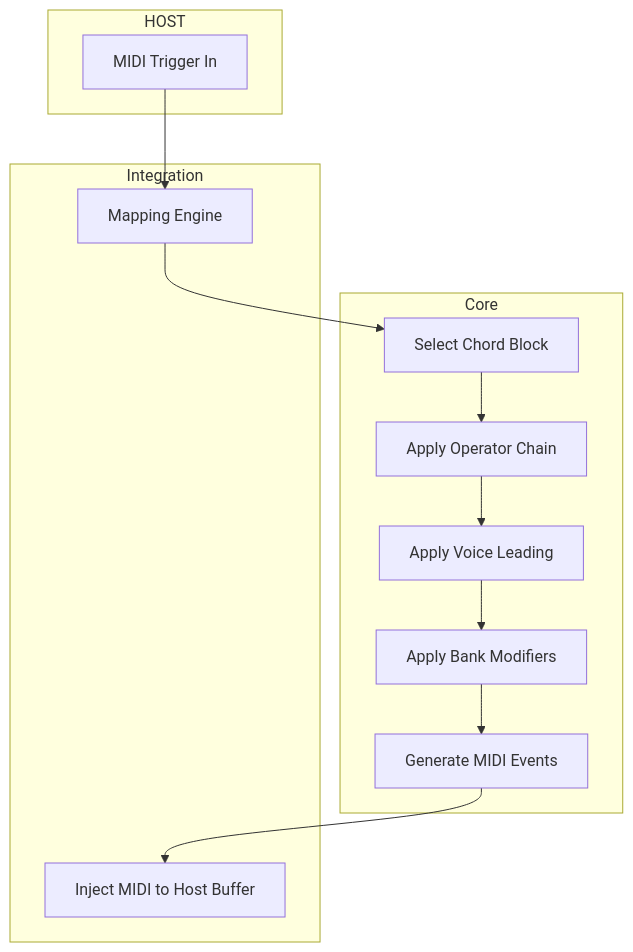
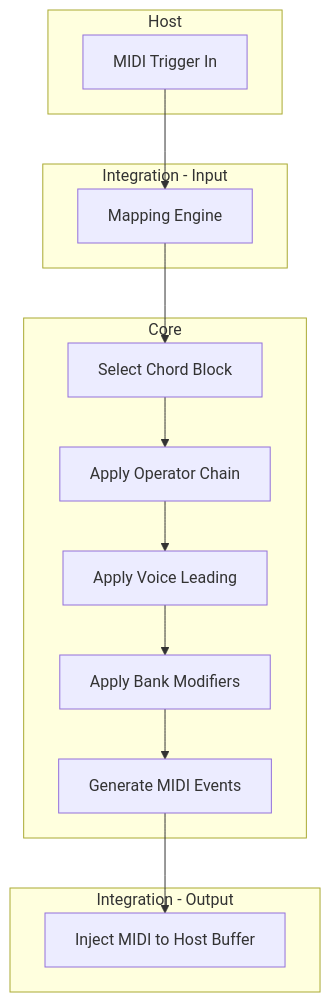
One commit to PARKER-DSP/Chord-Pallette-Docs changed the third of 3 diagrams in docs/02-technical/architecture/ChordPallette_Architecture_Principles.md. Above: the diagram before and after it, drawn with Mermaid. The commit also changed other lines of this file and 2 other files, not shown here.

Commit message:
Fix Mermaid syntax in architecture doc and add guardrail checker

````diff
--- a/docs/02-technical/architecture/ChordPallette_Architecture_Principles.md
+++ b/docs/02-technical/architecture/ChordPallette_Architecture_Principles.md
@@ -230,31 +230,31 @@
 ```mermaid
 flowchart TD
 
-  subgraph HOST
+  subgraph HOST[Host]
     A[MIDI Trigger In]
   end
 
-  subgraph Integration
+  subgraph INTEG_IN[Integration - Input]
     B[Mapping Engine]
   end
 
-  subgraph Core
+  subgraph CORE[Core]
     C[Select Chord Block]
     D[Apply Operator Chain]
     E[Apply Voice Leading]
     F[Apply Bank Modifiers]
     G[Generate MIDI Events]
   end
 
-  subgraph Integration
+  subgraph INTEG_OUT[Integration - Output]
     H[Inject MIDI to Host Buffer]
   end
 
   A --> B
   B --> C
   C --> D
   D --> E
   E --> F
   F --> G
   G --> H
 ```
````
